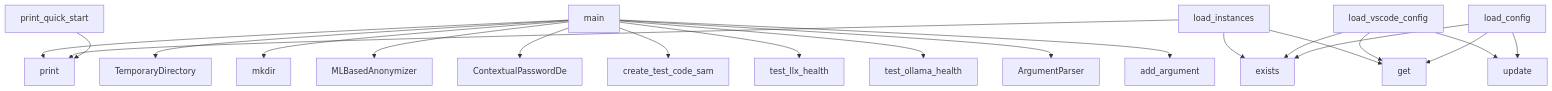
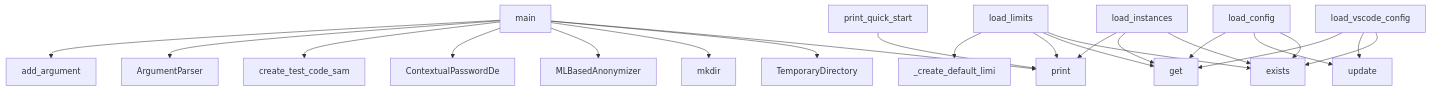
Before and after one commit to semcod/llx: the diagram in project/context.md, drawn with Mermaid. The commit also changed other lines of this file and 33 other files, not shown here.

````diff
--- a/project/context.md
+++ b/project/context.md
@@ -533,23 +593,25 @@
 ```mermaid
 graph TD
     main --> print
     main --> TemporaryDirectory
     main --> mkdir
     main --> MLBasedAnonymizer
     main --> ContextualPasswordDe
     main --> create_test_code_sam
-    main --> test_llx_health
-    main --> test_ollama_health
     main --> ArgumentParser
     main --> add_argument
     load_instances --> exists
     load_instances --> get
     load_instances --> print
     print_quick_start --> print
     load_vscode_config --> exists
     load_vscode_config --> update
     load_vscode_config --> get
     load_config --> exists
     load_config --> update
     load_config --> get
+    load_limits --> exists
+    load_limits --> get
+    load_limits --> print
+    load_limits --> _create_default_limi
 ```
````
